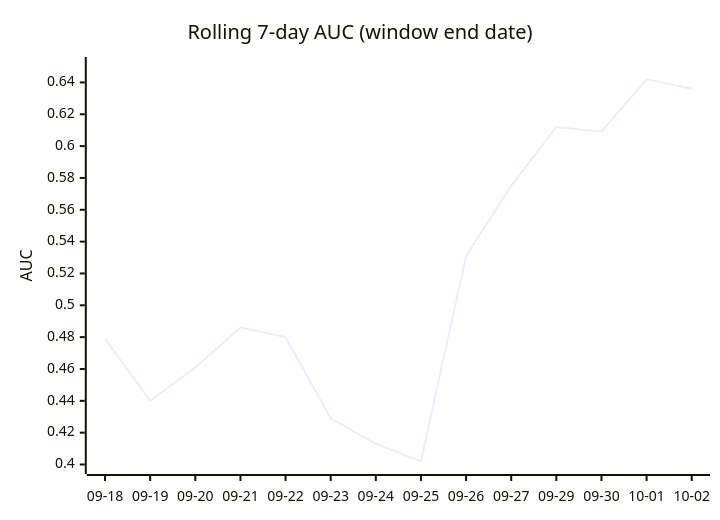
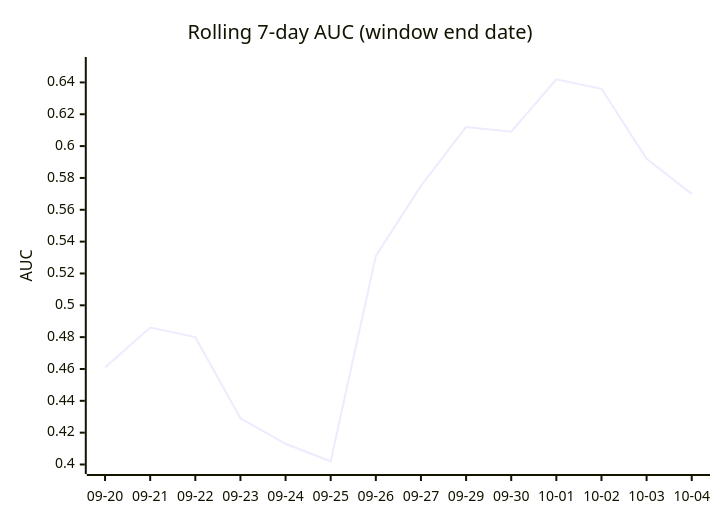
The third of 4 diagrams in DAILY_AGSU_REPORT.md (dpk1212/nhl-savant), drawn with Mermaid before and after one commit. The commit also changed other lines of this file, not shown here.

````diff
--- a/DAILY_AGSU_REPORT.md
+++ b/DAILY_AGSU_REPORT.md
@@ -859,7 +864,7 @@
 ```mermaid
 xychart-beta
     title "Rolling 7-day AUC (window end date)"
-    x-axis ["09-18", "09-19", "09-20", "09-21", "09-22", "09-23", "09-24", "09-25", "09-26", "09-27", "09-29", "09-30", "10-01", "10-02"]
+    x-axis ["09-20", "09-21", "09-22", "09-23", "09-24", "09-25", "09-26", "09-27", "09-29", "09-30", "10-01", "10-02", "10-03", "10-04"]
     y-axis "AUC" 0.4 --> 0.65
-    line [0.479, 0.44, 0.461, 0.486, 0.48, 0.429, 0.413, 0.402, 0.531, 0.575, 0.612, 0.609, 0.642, 0.636]
+    line [0.461, 0.486, 0.48, 0.429, 0.413, 0.402, 0.531, 0.575, 0.612, 0.609, 0.642, 0.636, 0.592, 0.57]
 ```
````
